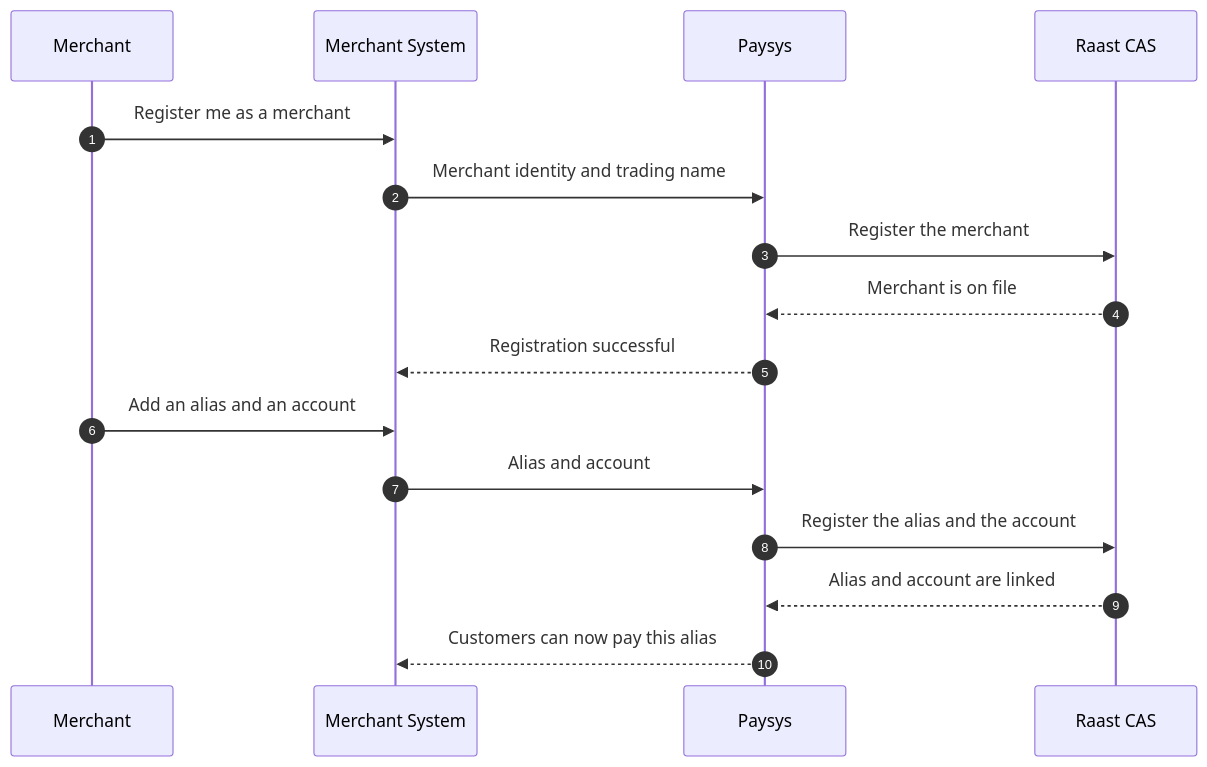
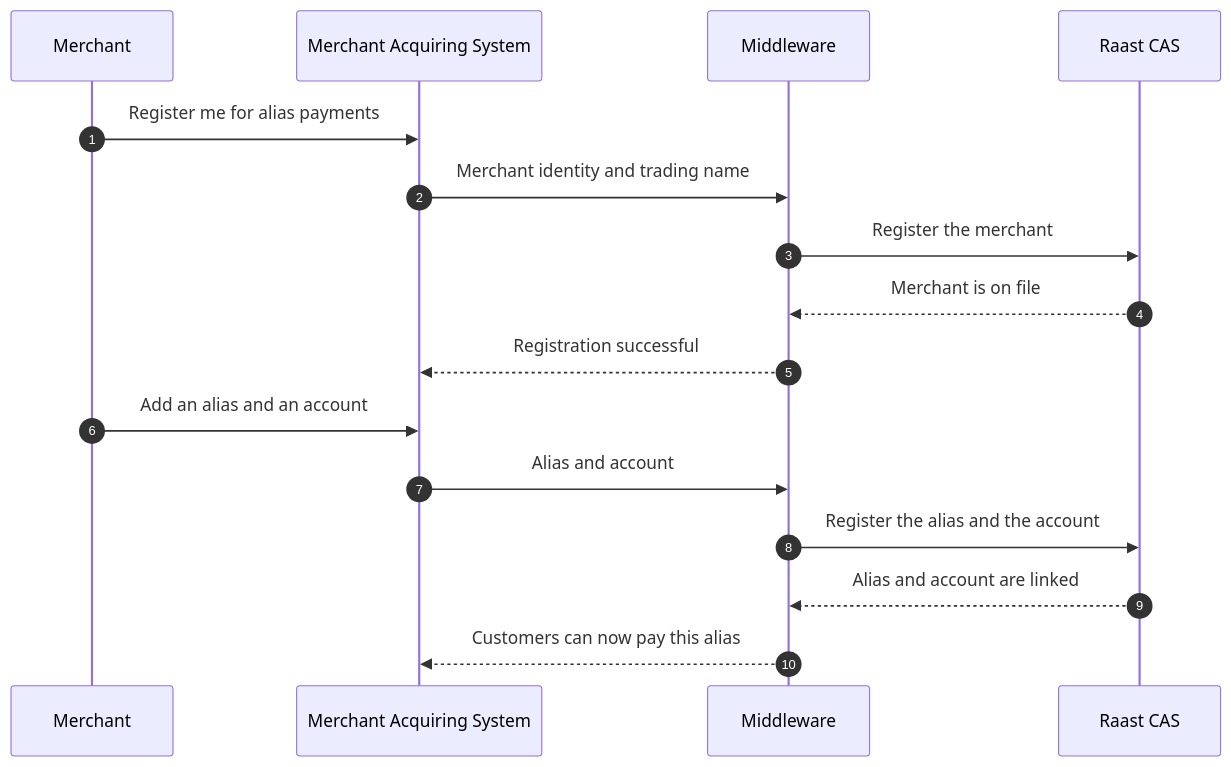
The first of 8 diagrams in modules/04-p2m-acquiring/04_Raast_P2M_Acquiring_Overview.md (HuzaifaTanzeel/raast-training-public), drawn with Mermaid before and after one commit. The commit also changed other lines of this file and 5 other files, not shown here.

Commit message:
Correct the P2M overviews so static QR, dynamic QR, and alias payments follow their own paths.

````diff
--- a/modules/04-p2m-acquiring/04_Raast_P2M_Acquiring_Overview.md
+++ b/modules/04-p2m-acquiring/04_Raast_P2M_Acquiring_Overview.md
@@ -37,19 +49,19 @@
 ```mermaid
 sequenceDiagram
     autonumber
     participant M as Merchant
-    participant MS as Merchant System
-    participant P as Paysys
+    participant MAS as Merchant Acquiring System
+    participant MW as Middleware
     participant CAS as Raast CAS
 
-    M->>MS: Register me as a merchant
-    MS->>P: Merchant identity and trading name
-    P->>CAS: Register the merchant
-    CAS-->>P: Merchant is on file
-    P-->>MS: Registration successful
-    M->>MS: Add an alias and an account
-    MS->>P: Alias and account
-    P->>CAS: Register the alias and the account
-    CAS-->>P: Alias and account are linked
-    P-->>MS: Customers can now pay this alias
+    M->>MAS: Register me for alias payments
+    MAS->>MW: Merchant identity and trading name
+    MW->>CAS: Register the merchant
+    CAS-->>MW: Merchant is on file
+    MW-->>MAS: Registration successful
+    M->>MAS: Add an alias and an account
+    MAS->>MW: Alias and account
+    MW->>CAS: Register the alias and the account
+    CAS-->>MW: Alias and account are linked
+    MW-->>MAS: Customers can now pay this alias
 ```
````
